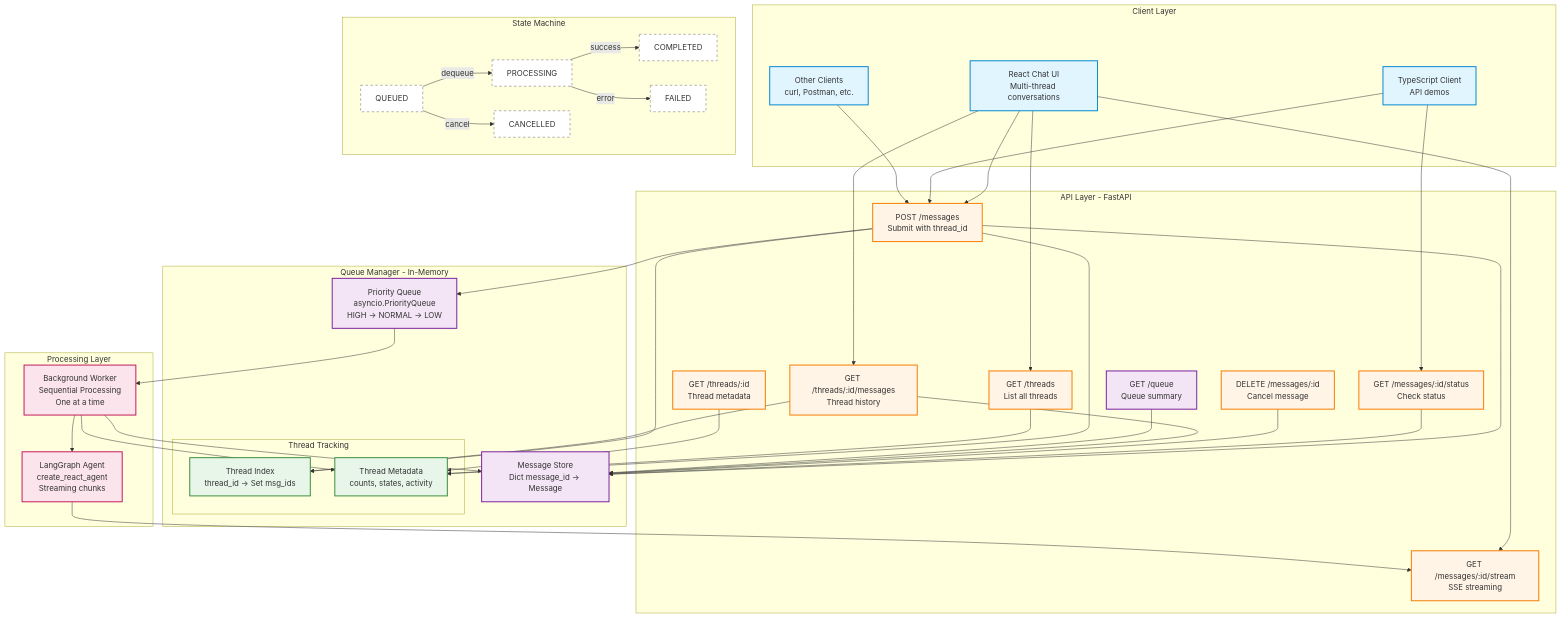
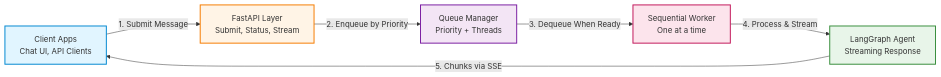
One commit to ryaneggz/agent-q changed the diagram in README.md. Above: the diagram before and after it, drawn with Mermaid. The commit also changed other lines of this file and 2 other files, not shown here.

Commit message:
Updates arch diagrams

````diff
--- a/README.md
+++ b/README.md
@@ -18,94 +44,20 @@
 ```mermaid
-graph TB
-    subgraph "Client Layer"
-        UI[React Chat UI<br/>Multi-thread conversations]
-        TS[TypeScript Client<br/>API demos]
-        OTHER[Other Clients<br/>curl, Postman, etc.]
-    end
+flowchart LR
+    Client[Client Apps<br/>Chat UI, API Clients]
+    API[FastAPI Layer<br/>Submit, Status, Stream]
+    Queue[Queue Manager<br/>Priority + Threads]
+    Worker[Sequential Worker<br/>One at a time]
+    Agent[LangGraph Agent<br/>Streaming Response]
 
-    subgraph "API Layer - FastAPI"
-        MSG_SUBMIT[POST /messages<br/>Submit with thread_id]
-        MSG_STATUS[GET /messages/:id/status<br/>Check status]
-        MSG_STREAM[GET /messages/:id/stream<br/>SSE streaming]
-        MSG_CANCEL[DELETE /messages/:id<br/>Cancel message]
-        THREADS_LIST[GET /threads<br/>List all threads]
-        THREAD_MSGS[GET /threads/:id/messages<br/>Thread history]
-        THREAD_META[GET /threads/:id<br/>Thread metadata]
-        QUEUE_SUM[GET /queue<br/>Queue summary]
-    end
+    Client -->|1. Submit Message| API
+    API -->|2. Enqueue by Priority| Queue
+    Queue -->|3. Dequeue When Ready| Worker
+    Worker -->|4. Process & Stream| Agent
+    Agent -->|5. Chunks via SSE| Client
 
-    subgraph "Queue Manager - In-Memory"
-        PQUEUE[Priority Queue<br/>asyncio.PriorityQueue<br/>HIGH → NORMAL → LOW]
-        MSGS[Message Store<br/>Dict message_id → Message]
-
-        subgraph "Thread Tracking"
-            TIDX[Thread Index<br/>thread_id → Set msg_ids]
-            TMETA[Thread Metadata<br/>counts, states, activity]
-        end
-    end
-
-    subgraph "Processing Layer"
-        WORKER[Background Worker<br/>Sequential Processing<br/>One at a time]
-        AGENT[LangGraph Agent<br/>create_react_agent<br/>Streaming chunks]
-    end
-
-    subgraph "State Machine"
-        QUEUED[QUEUED]
-        PROCESSING[PROCESSING]
-        COMPLETED[COMPLETED]
-        FAILED[FAILED]
-        CANCELLED[CANCELLED]
-    end
-
-    %% Client to API
-    UI --> MSG_SUBMIT
-    UI --> MSG_STREAM
-    UI --> THREADS_LIST
-    UI --> THREAD_MSGS
-    TS --> MSG_SUBMIT
-    TS --> MSG_STATUS
-    OTHER --> MSG_SUBMIT
-
-    %% API to Queue Manager
-    MSG_SUBMIT --> PQUEUE
-    MSG_SUBMIT --> MSGS
-    MSG_SUBMIT --> TIDX
-    MSG_SUBMIT --> TMETA
-    MSG_STATUS --> MSGS
-    MSG_CANCEL --> MSGS
-    THREADS_LIST --> TMETA
-    THREAD_MSGS --> TIDX
-    THREAD_MSGS --> MSGS
-    THREAD_META --> TMETA
-    QUEUE_SUM --> MSGS
-
-    %% Queue to Worker
-    PQUEUE --> WORKER
-    WORKER --> MSGS
-    WORKER --> TMETA
-
-    %% Worker to Agent
-    WORKER --> AGENT
-    AGENT --> MSG_STREAM
-
-    %% State transitions
-    QUEUED -->|dequeue| PROCESSING
-    PROCESSING -->|success| COMPLETED
-    PROCESSING -->|error| FAILED
-    QUEUED -->|cancel| CANCELLED
-
-    %% Styling
-    classDef clientStyle fill:#e1f5ff,stroke:#0288d1,stroke-width:2px
-    classDef apiStyle fill:#fff4e6,stroke:#f57c00,stroke-width:2px
-    classDef queueStyle fill:#f3e5f5,stroke:#7b1fa2,stroke-width:2px
-    classDef threadStyle fill:#e8f5e9,stroke:#388e3c,stroke-width:2px
-    classDef processStyle fill:#fce4ec,stroke:#c2185b,stroke-width:2px
-    classDef stateStyle fill:#fff,stroke:#666,stroke-width:1px,stroke-dasharray: 5 5
-
-    class UI,TS,OTHER clientStyle
-    class MSG_SUBMIT,MSG_STATUS,MSG_STREAM,MSG_CANCEL,THREADS_LIST,THREAD_MSGS,THREAD_META,QUEUE_SUM apiStyle
-    class PQUEUE,MSGS,QUEUE_SUM queueStyle
-    class TIDX,TMETA threadStyle
-    class WORKER,AGENT processStyle
-    class QUEUED,PROCESSING,COMPLETED,FAILED,CANCELLED stateStyle
+    style Client fill:#e1f5ff,stroke:#0288d1,stroke-width:2px
+    style API fill:#fff4e6,stroke:#f57c00,stroke-width:2px
+    style Queue fill:#f3e5f5,stroke:#7b1fa2,stroke-width:2px
+    style Worker fill:#fce4ec,stroke:#c2185b,stroke-width:2px
+    style Agent fill:#e8f5e9,stroke:#388e3c,stroke-width:2px
 ```
````
